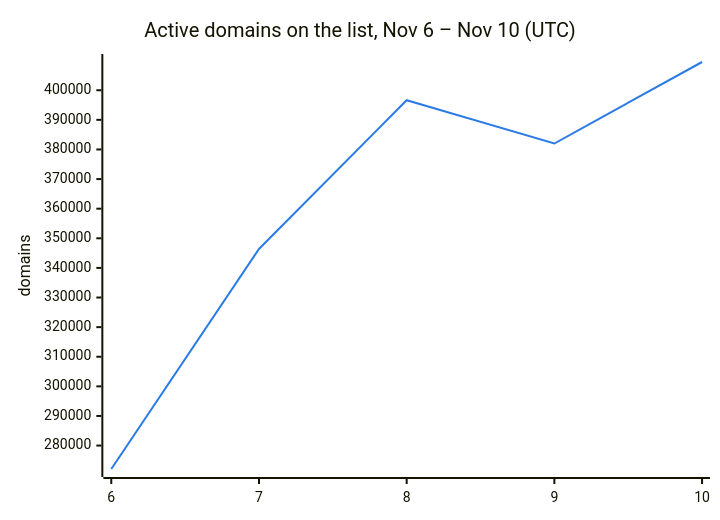
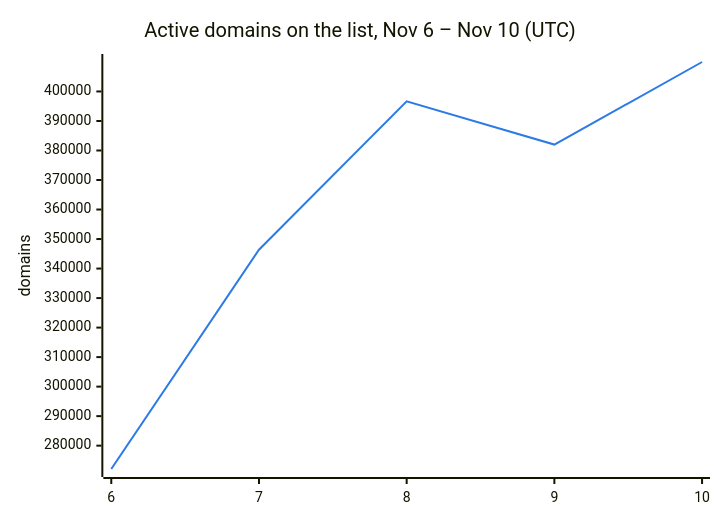
Before and after one commit to DNSBunker/CTI: the second of 3 diagrams in README.md, drawn with Mermaid. The commit also changed other lines of this file and 3 other files, not shown here.

````diff
--- a/README.md
+++ b/README.md
@@ -38,8 +38,8 @@
 ```mermaid
 %%{init: {"themeVariables": {"xyChart": {"plotColorPalette": "#2c7be5"}}}}%%
 xychart-beta
     title "Active domains on the list, Nov 6 – Nov 10 (UTC)"
     x-axis ["6", "7", "8", "9", "10"]
     y-axis "domains"
-    line [272088, 346388, 396638, 382009, 409536]
+    line [272088, 346388, 396638, 382009, 409984]
 ```
````
